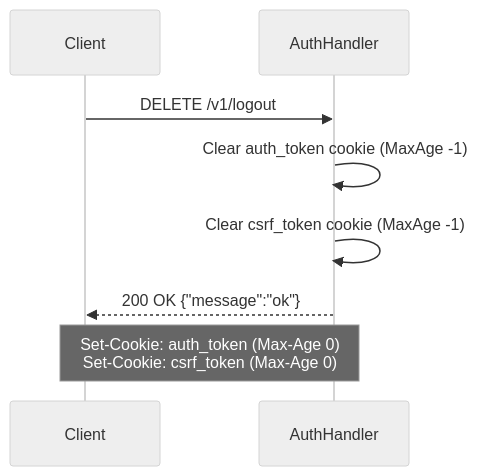
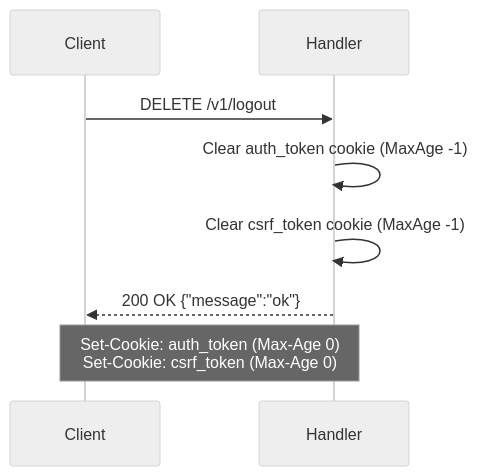
One commit to UCHIDAnobuhiro/stock_backend changed the third of 6 diagrams in internal/feature/auth/README.md. Above: the diagram before and after it, drawn with Mermaid (neutral theme). The commit also changed other lines of this file and 41 other files, not shown here.

````diff
--- a/internal/feature/auth/README.md
+++ b/internal/feature/auth/README.md
@@ -127,11 +127,11 @@
 ```mermaid
 sequenceDiagram
     participant Client
-    participant Handler as AuthHandler
+    participant Handler as Handler
 
     Client->>Handler: DELETE /v1/logout
     Handler->>Handler: Clear auth_token cookie (MaxAge -1)
     Handler->>Handler: Clear csrf_token cookie (MaxAge -1)
     Handler-->>Client: 200 OK {"message":"ok"}
     Note over Handler,Client: Set-Cookie: auth_token (Max-Age 0)<br/>Set-Cookie: csrf_token (Max-Age 0)
 ```
````
